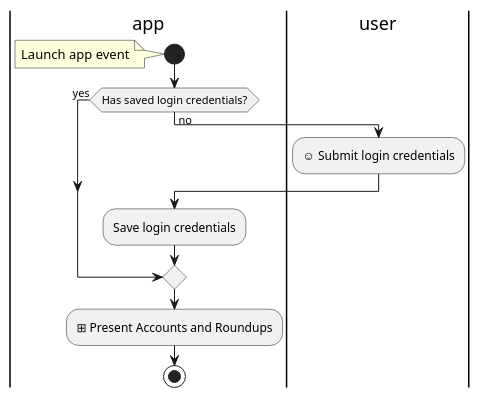
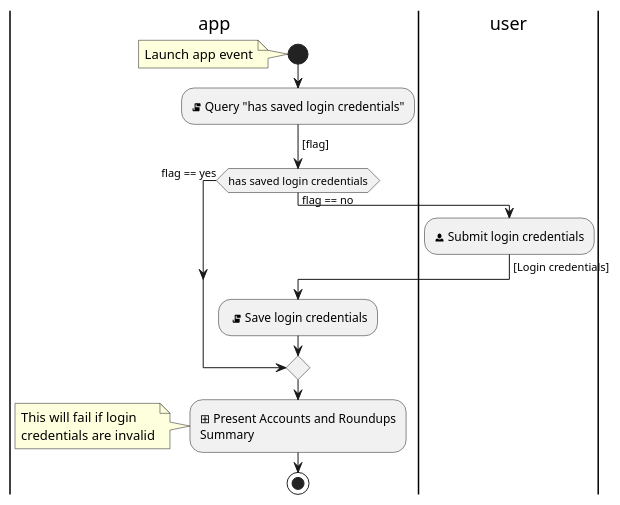
Before and after one commit to hristo-stefanov/MiniBankingDemo: the diagram in diagrams/Startup Activity Diagram.puml, drawn with PlantUML. The commit also changed 1 other file, not shown here.

Commit message:
Refine the activity diagrams

```diff
--- a/diagrams/Startup Activity Diagram.puml
+++ b/diagrams/Startup Activity Diagram.puml
@@ -1,18 +1,26 @@
 @startuml
 'https://plantuml.com/activity-diagram-beta
 |app|
 start
 note left
 Launch app event
 end note
-if (Has saved login credentials?) then (yes)
-else (no)
+:<&script> Query "has saved login credentials";
+-> [flag];
+if (has saved login credentials) then (flag == yes)
+else (flag == no)
     |user|
-    :☺ Submit login credentials;
+    :<&person> Submit login credentials;
+    -> [Login credentials];
     |app|
-    :Save login credentials;
+    : <&script> Save login credentials;
 endif
-    :⊞ Present Accounts and Roundups;
+    :⊞ Present Accounts and Roundups
+    Summary;
+note left
+This will fail if login
+credentials are invalid
+end note
 stop
 
 @enduml
```
